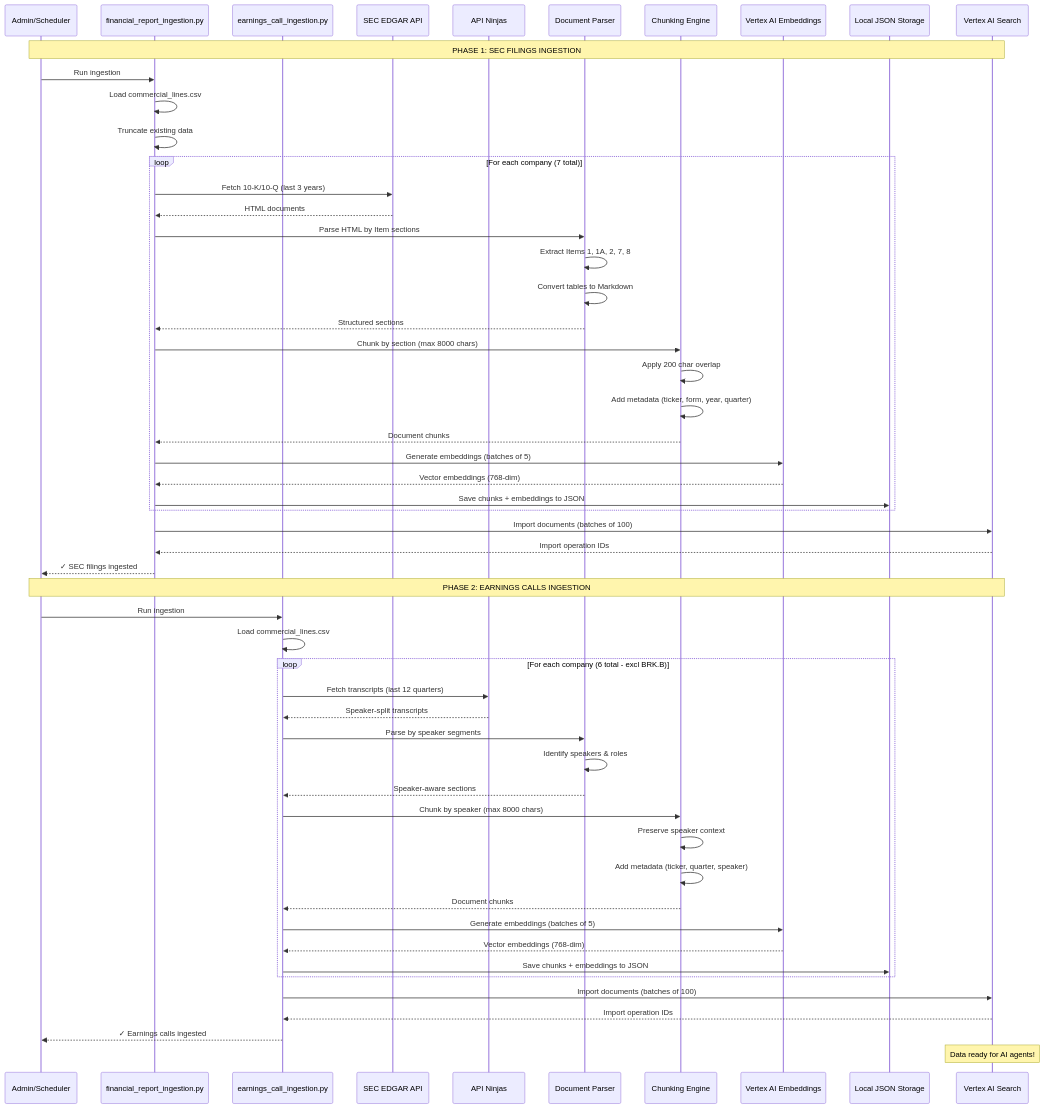
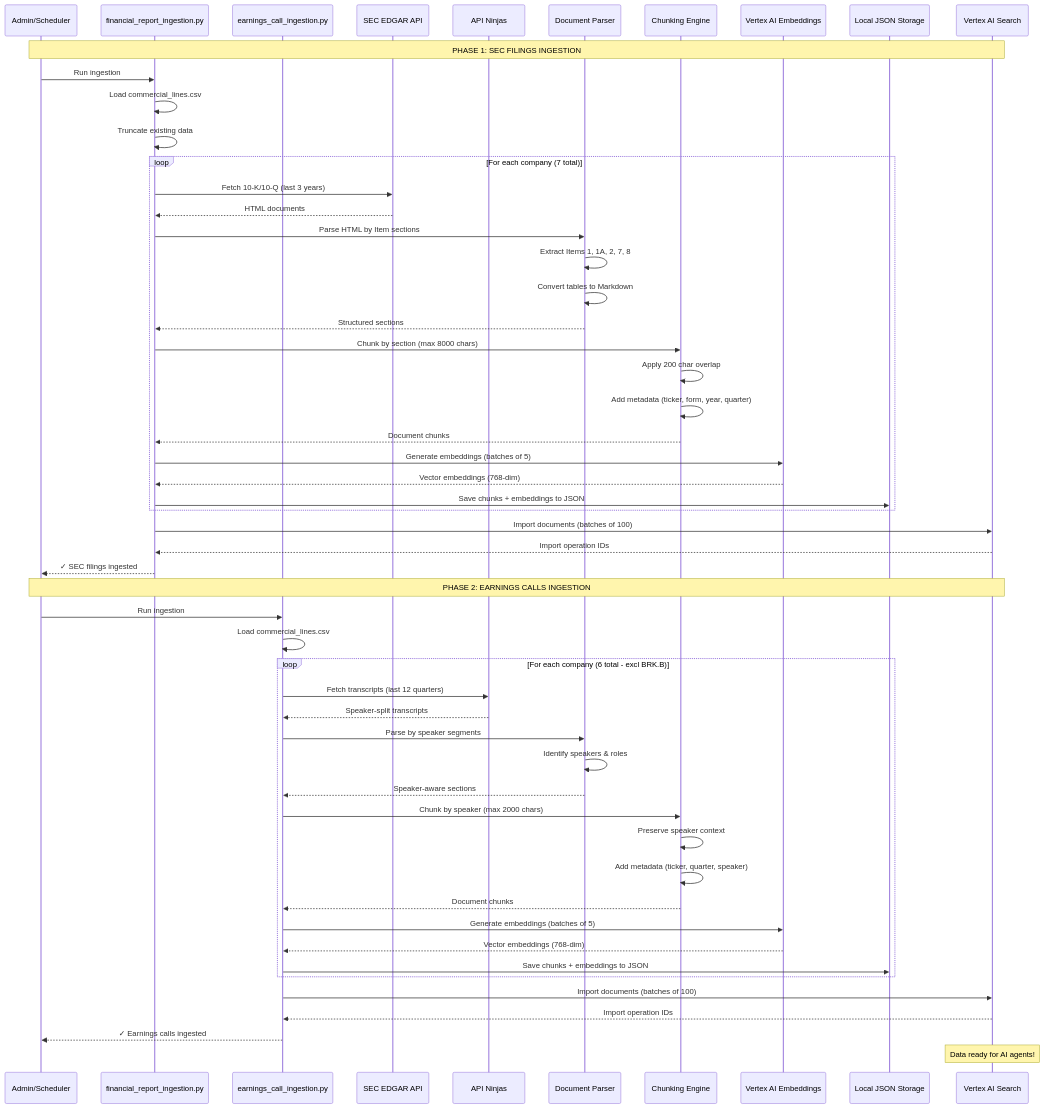
The third of 11 diagrams in ARCHITECTURE_FLOW.md (tgrady101/Insurance_AI_POC), drawn with Mermaid before and after one commit. The commit also changed other lines of this file and 1 other file, not shown here.

````diff
--- a/ARCHITECTURE_FLOW.md
+++ b/ARCHITECTURE_FLOW.md
@@ -106,71 +106,71 @@
 ```mermaid
 sequenceDiagram
     participant Admin as Admin/Scheduler
     participant FRScript as financial_report_ingestion.py
     participant ECScript as earnings_call_ingestion.py
     participant SECAPI as SEC EDGAR API
     participant EARNAPI as API Ninjas
     participant Parser as Document Parser
     participant Chunker as Chunking Engine
     participant Embedder as Vertex AI Embeddings
     participant Storage as Local JSON Storage
     participant VAIS as Vertex AI Search
 
     Note over Admin,VAIS: PHASE 1: SEC FILINGS INGESTION
     
     Admin->>FRScript: Run ingestion
     FRScript->>FRScript: Load commercial_lines.csv
     FRScript->>FRScript: Truncate existing data
     
     loop For each company (7 total)
         FRScript->>SECAPI: Fetch 10-K/10-Q (last 3 years)
         SECAPI-->>FRScript: HTML documents
         FRScript->>Parser: Parse HTML by Item sections
         Parser->>Parser: Extract Items 1, 1A, 2, 7, 8
         Parser->>Parser: Convert tables to Markdown
         Parser-->>FRScript: Structured sections
         
         FRScript->>Chunker: Chunk by section (max 8000 chars)
         Chunker->>Chunker: Apply 200 char overlap
         Chunker->>Chunker: Add metadata (ticker, form, year, quarter)
         Chunker-->>FRScript: Document chunks
         
         FRScript->>Embedder: Generate embeddings (batches of 5)
         Embedder-->>FRScript: Vector embeddings (768-dim)
         
         FRScript->>Storage: Save chunks + embeddings to JSON
     end
     
     FRScript->>VAIS: Import documents (batches of 100)
     VAIS-->>FRScript: Import operation IDs
     FRScript-->>Admin: ✓ SEC filings ingested
     
     Note over Admin,VAIS: PHASE 2: EARNINGS CALLS INGESTION
     
     Admin->>ECScript: Run ingestion
     ECScript->>ECScript: Load commercial_lines.csv
     
     loop For each company (6 total - excl BRK.B)
         ECScript->>EARNAPI: Fetch transcripts (last 12 quarters)
         EARNAPI-->>ECScript: Speaker-split transcripts
         ECScript->>Parser: Parse by speaker segments
         Parser->>Parser: Identify speakers & roles
         Parser-->>ECScript: Speaker-aware sections
         
-        ECScript->>Chunker: Chunk by speaker (max 8000 chars)
+        ECScript->>Chunker: Chunk by speaker (max 2000 chars)
         Chunker->>Chunker: Preserve speaker context
         Chunker->>Chunker: Add metadata (ticker, quarter, speaker)
         Chunker-->>ECScript: Document chunks
         
         ECScript->>Embedder: Generate embeddings (batches of 5)
         Embedder-->>ECScript: Vector embeddings (768-dim)
         
         ECScript->>Storage: Save chunks + embeddings to JSON
     end
     
     ECScript->>VAIS: Import documents (batches of 100)
     VAIS-->>ECScript: Import operation IDs
     ECScript-->>Admin: ✓ Earnings calls ingested
     
     Note over VAIS: Data ready for AI agents!
 ```
````
